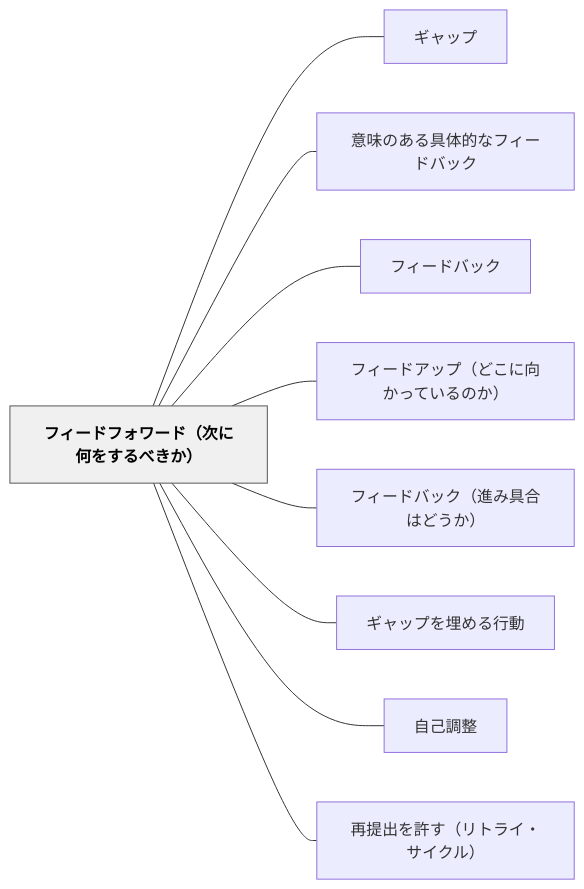
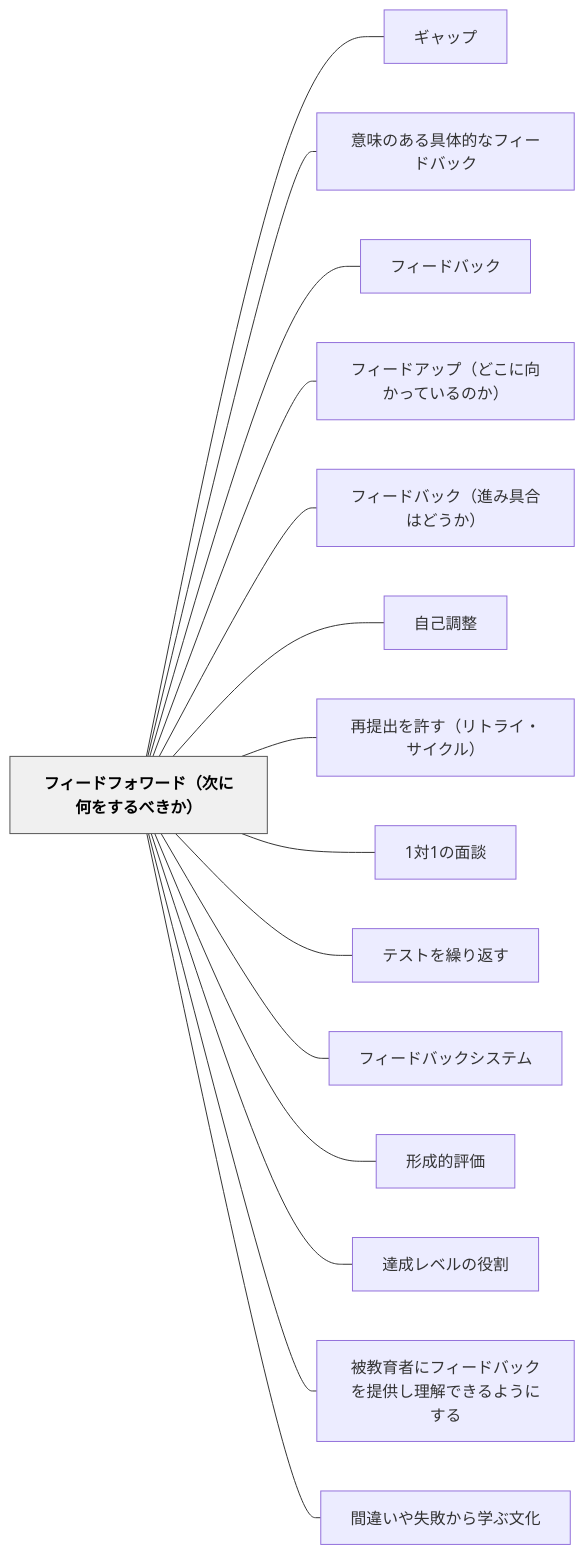
Before and after one commit to unknownthings-ed-patterns/unknownthings-ed-patterns: the diagram in content/パタン/フィードフォワード（次に何をするべきか）.md, drawn with Mermaid. The commit also changed other lines of this file, not shown here.

````diff
--- a/content/パタン/フィードフォワード（次に何をするべきか）.md
+++ b/content/パタン/フィードフォワード（次に何をするべきか）.md
@@ -54,24 +85,36 @@
 ```mermaid
 flowchart LR
     ne38395e382a3e383bce38389e38395e382a9e383afe383bce38389efbc88e6aca1e381abe4bd95e38292e38199e3828be381b9e3818de3818befbc89["フィードフォワード（次に何をするべきか）"]
     ne382aee383a3e38383e38397["ギャップ"]
     ne6848fe591b3e381aee38182e3828be585b7e4bd93e79a84e381aae38395e382a3e383bce38389e38390e38383e382af["意味のある具体的なフィードバック"]
     ne38395e382a3e383bce38389e38390e38383e382af["フィードバック"]
     ne38395e382a3e383bce38389e382a2e38383e38397efbc88e381a9e38193e381abe59091e3818be381a3e381a6e38184e3828be381aee3818befbc89["フィードアップ（どこに向かっているのか）"]
     ne38395e382a3e383bce38389e38390e38383e382afefbc88e980b2e381bfe585b7e59088e381afe381a9e38186e3818befbc89["フィードバック（進み具合はどうか）"]
-    ne382aee383a3e38383e38397e38292e59f8be38281e3828be8a18ce58b95["ギャップを埋める行動"]
     ne887aae5b7b1e8aabfe695b4["自己調整"]
     ne5868de68f90e587bae38292e8a8b1e38199efbc88e383aae38388e383a9e382a4e383bbe382b5e382a4e382afe383abefbc89["再提出を許す（リトライ・サイクル）"]
+    n31e5afbe31e381aee99da2e8ab87["1対1の面談"]
+    ne38386e382b9e38388e38292e7b9b0e3828ae8bf94e38199["テストを繰り返す"]
+    ne38395e382a3e383bce38389e38390e38383e382afe382b7e382b9e38386e383a0["フィードバックシステム"]
+    ne5bda2e68890e79a84e8a995e4bea1["形成的評価"]
+    ne98194e68890e383ace38399e383abe381aee5bdb9e589b2["達成レベルの役割"]
+    ne8a2abe69599e882b2e88085e381abe38395e382a3e383bce38389e38390e38383e382afe38292e68f90e4be9be38197e79086e8a7a3e381a7e3818de3828be38288e38186e381abe38199e3828b["被教育者にフィードバックを提供し理解できるようにする"]
+    ne99693e98195e38184e38284e5a4b1e69597e3818be38289e5ada6e381b6e69687e58c96["間違いや失敗から学ぶ文化"]
 
     ne38395e382a3e383bce38389e38395e382a9e383afe383bce38389efbc88e6aca1e381abe4bd95e38292e38199e3828be381b9e3818de3818befbc89 --- ne382aee383a3e38383e38397
     ne38395e382a3e383bce38389e38395e382a9e383afe383bce38389efbc88e6aca1e381abe4bd95e38292e38199e3828be381b9e3818de3818befbc89 --- ne6848fe591b3e381aee38182e3828be585b7e4bd93e79a84e381aae38395e382a3e383bce38389e38390e38383e382af
     ne38395e382a3e383bce38389e38395e382a9e383afe383bce38389efbc88e6aca1e381abe4bd95e38292e38199e3828be381b9e3818de3818befbc89 --- ne38395e382a3e383bce38389e38390e38383e382af
     ne38395e382a3e383bce38389e38395e382a9e383afe383bce38389efbc88e6aca1e381abe4bd95e38292e38199e3828be381b9e3818de3818befbc89 --- ne38395e382a3e383bce38389e382a2e38383e38397efbc88e381a9e38193e381abe59091e3818be381a3e381a6e38184e3828be381aee3818befbc89
     ne38395e382a3e383bce38389e38395e382a9e383afe383bce38389efbc88e6aca1e381abe4bd95e38292e38199e3828be381b9e3818de3818befbc89 --- ne38395e382a3e383bce38389e38390e38383e382afefbc88e980b2e381bfe585b7e59088e381afe381a9e38186e3818befbc89
-    ne38395e382a3e383bce38389e38395e382a9e383afe383bce38389efbc88e6aca1e381abe4bd95e38292e38199e3828be381b9e3818de3818befbc89 --- ne382aee383a3e38383e38397e38292e59f8be38281e3828be8a18ce58b95
     ne38395e382a3e383bce38389e38395e382a9e383afe383bce38389efbc88e6aca1e381abe4bd95e38292e38199e3828be381b9e3818de3818befbc89 --- ne887aae5b7b1e8aabfe695b4
     ne38395e382a3e383bce38389e38395e382a9e383afe383bce38389efbc88e6aca1e381abe4bd95e38292e38199e3828be381b9e3818de3818befbc89 --- ne5868de68f90e587bae38292e8a8b1e38199efbc88e383aae38388e383a9e382a4e383bbe382b5e382a4e382afe383abefbc89
+    ne38395e382a3e383bce38389e38395e382a9e383afe383bce38389efbc88e6aca1e381abe4bd95e38292e38199e3828be381b9e3818de3818befbc89 --- n31e5afbe31e381aee99da2e8ab87
+    ne38395e382a3e383bce38389e38395e382a9e383afe383bce38389efbc88e6aca1e381abe4bd95e38292e38199e3828be381b9e3818de3818befbc89 --- ne38386e382b9e38388e38292e7b9b0e3828ae8bf94e38199
+    ne38395e382a3e383bce38389e38395e382a9e383afe383bce38389efbc88e6aca1e381abe4bd95e38292e38199e3828be381b9e3818de3818befbc89 --- ne38395e382a3e383bce38389e38390e38383e382afe382b7e382b9e38386e383a0
+    ne38395e382a3e383bce38389e38395e382a9e383afe383bce38389efbc88e6aca1e381abe4bd95e38292e38199e3828be381b9e3818de3818befbc89 --- ne5bda2e68890e79a84e8a995e4bea1
+    ne38395e382a3e383bce38389e38395e382a9e383afe383bce38389efbc88e6aca1e381abe4bd95e38292e38199e3828be381b9e3818de3818befbc89 --- ne98194e68890e383ace38399e383abe381aee5bdb9e589b2
+    ne38395e382a3e383bce38389e38395e382a9e383afe383bce38389efbc88e6aca1e381abe4bd95e38292e38199e3828be381b9e3818de3818befbc89 --- ne8a2abe69599e882b2e88085e381abe38395e382a3e383bce38389e38390e38383e382afe38292e68f90e4be9be38197e79086e8a7a3e381a7e3818de3828be38288e38186e381abe38199e3828b
+    ne38395e382a3e383bce38389e38395e382a9e383afe383bce38389efbc88e6aca1e381abe4bd95e38292e38199e3828be381b9e3818de3818befbc89 --- ne99693e98195e38184e38284e5a4b1e69597e3818be38289e5ada6e381b6e69687e58c96
 
     classDef hub fill:#f0f0f0,stroke:#555,color:#000,font-weight:bold
     class ne38395e382a3e383bce38389e38395e382a9e383afe383bce38389efbc88e6aca1e381abe4bd95e38292e38199e3828be381b9e3818de3818befbc89 hub
 ```
````
